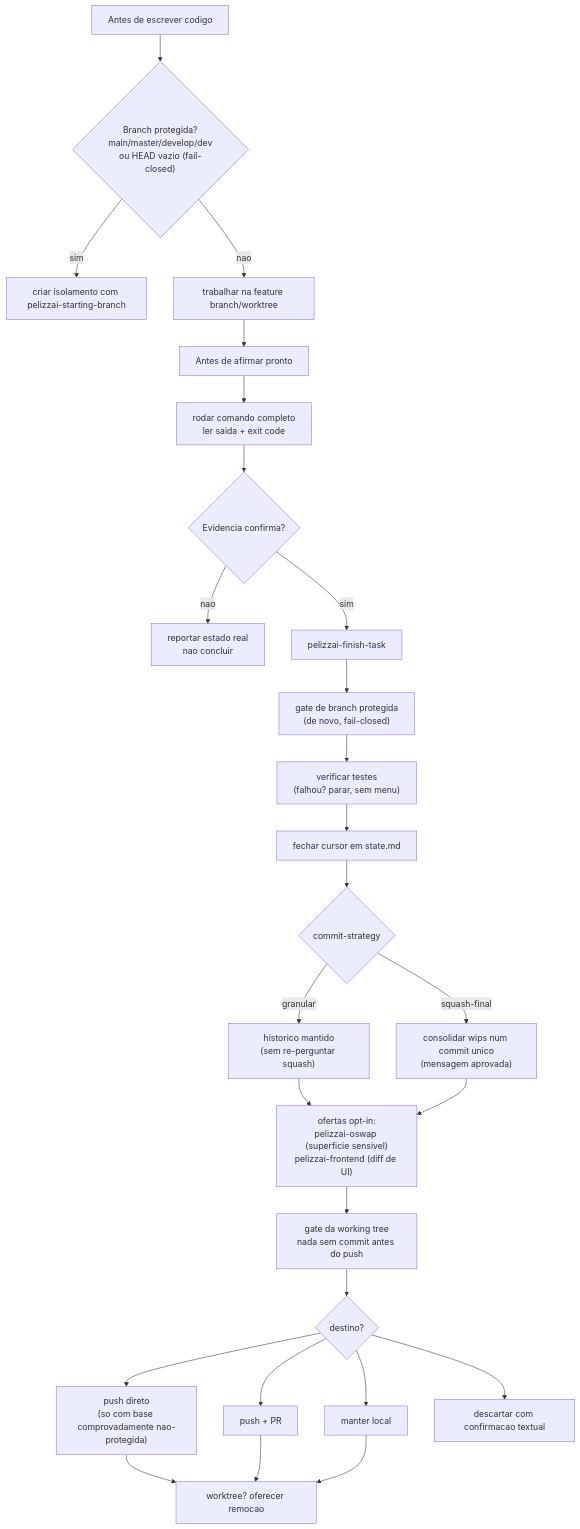
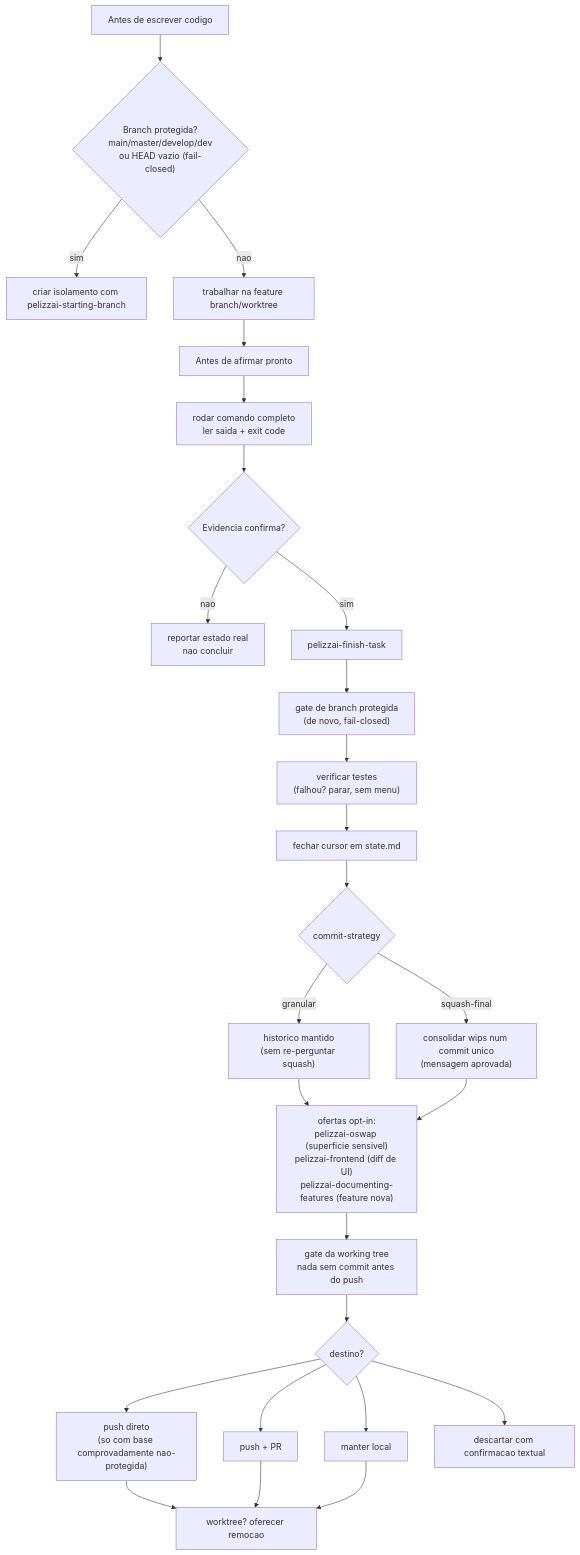
Before and after one commit to rpelizza/PelizzAI: the tenth of 11 diagrams in README.md, drawn with Mermaid. The commit also changed other lines of this file and 45 other files, not shown here.

````diff
--- a/README.md
+++ b/README.md
@@ -410,30 +415,30 @@
 ```mermaid
 flowchart TD
     CODE["Antes de escrever codigo"] --> BRANCH{"Branch protegida?<br/>main/master/develop/dev<br/>ou HEAD vazio (fail-closed)"}
     BRANCH -- "sim" --> NEWBR["criar isolamento com pelizzai-starting-branch"]
     BRANCH -- "nao" --> WORK["trabalhar na feature branch/worktree"]
 
     WORK --> CLAIM["Antes de afirmar pronto"]
     CLAIM --> VERIFY["rodar comando completo<br/>ler saida + exit code"]
     VERIFY --> PASS{"Evidencia confirma?"}
     PASS -- "nao" --> REAL["reportar estado real<br/>nao concluir"]
     PASS -- "sim" --> FINISH["pelizzai-finish-task"]
 
     FINISH --> GUARD["gate de branch protegida<br/>(de novo, fail-closed)"]
     GUARD --> TESTS["verificar testes<br/>(falhou? parar, sem menu)"]
     TESTS --> CURSOR["fechar cursor em state.md"]
     CURSOR --> STRATEGY{"commit-strategy"}
     STRATEGY -- "granular" --> KEEP["historico mantido<br/>(sem re-perguntar squash)"]
     STRATEGY -- "squash-final" --> ONE["consolidar wips num commit unico<br/>(mensagem aprovada)"]
-    KEEP --> OFFERS["ofertas opt-in:<br/>pelizzai-oswap (superficie sensivel)<br/>pelizzai-frontend (diff de UI)"]
+    KEEP --> OFFERS["ofertas opt-in:<br/>pelizzai-oswap (superficie sensivel)<br/>pelizzai-frontend (diff de UI)<br/>pelizzai-documenting-features (feature nova)"]
     ONE --> OFFERS
     OFFERS --> TREE["gate da working tree<br/>nada sem commit antes do push"]
     TREE --> DEST{"destino?"}
     DEST --> PUSH["push direto<br/>(so com base comprovadamente nao-protegida)"]
     DEST --> PR["push + PR"]
     DEST --> LOCAL["manter local"]
     DEST --> DISCARD["descartar com confirmacao textual"]
     PUSH --> WT["worktree? oferecer remocao"]
     PR --> WT
     LOCAL --> WT
 ```
````
